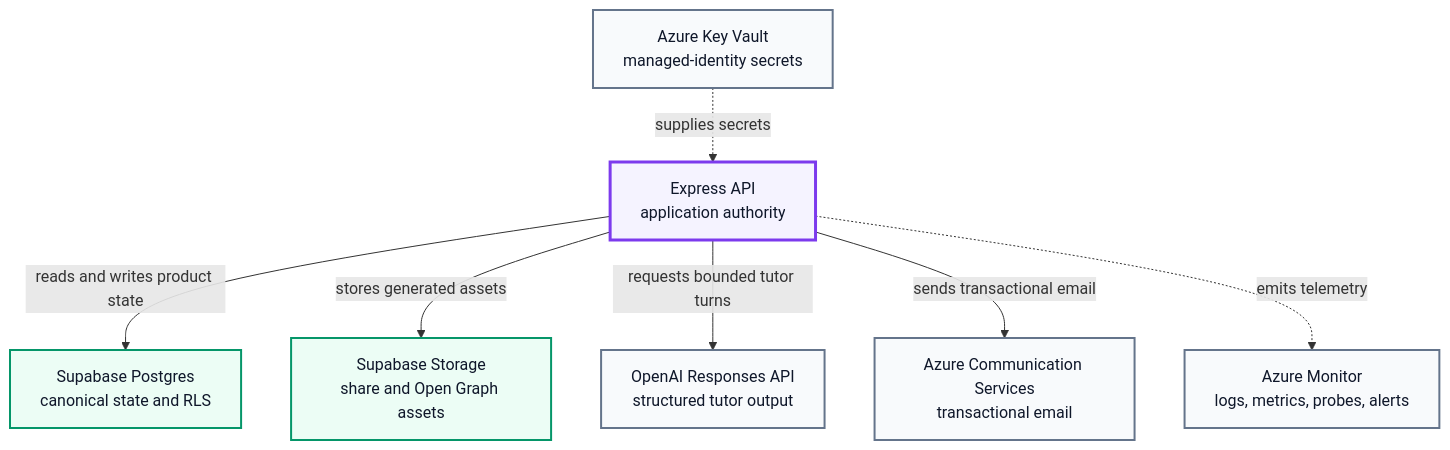
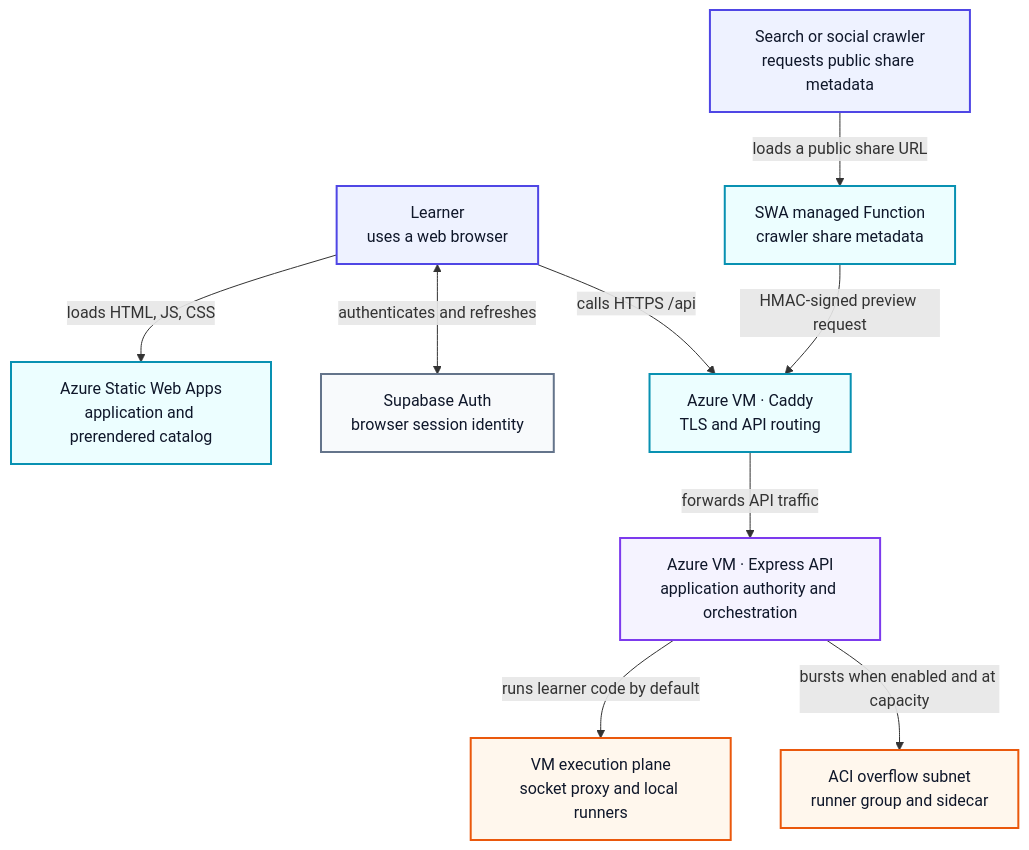
Before and after one commit to msrivas-7/CodeTutor-AI: the third of 7 diagrams in docs/ARCHITECTURE.md, drawn with Mermaid. The commit also changed other lines of this file, not shown here.

Commit message:
docs: refresh architecture diagram views (#44)

````diff
--- a/docs/ARCHITECTURE.md
+++ b/docs/ARCHITECTURE.md
@@ -157,27 +165,35 @@
 ```mermaid
 %%{init: {"flowchart":{"curve":"basis","htmlLabels":true}}}%%
 flowchart TB
-  accTitle: Express API managed-service integrations
-  accDescr: Shows the application API using Postgres, object storage, OpenAI, transactional email, Key Vault, and Azure Monitor.
-  api["Express API<br/>application authority"]
-  postgres["Supabase Postgres<br/>canonical state and RLS"]
-  storage["Supabase Storage<br/>share and Open Graph assets"]
-  openai["OpenAI Responses API<br/>structured tutor output"]
-  acs["Azure Communication Services<br/>transactional email"]
-  vault["Azure Key Vault<br/>managed-identity secrets"]
-  monitor["Azure Monitor<br/>logs, metrics, probes, alerts"]
+  accTitle: CodeTutor AI deployment topology
+  accDescr: Shows the browser, static web edge, authentication, API ingress, application authority, and local or overflow execution planes.
+  learner["Learner<br/>uses a web browser"]
+  crawler["Search or social crawler<br/>requests public share metadata"]
+  swa["Azure Static Web Apps<br/>application and prerendered catalog"]
+  sharefn["SWA managed Function<br/>crawler share metadata"]
+  auth["Supabase Auth<br/>browser session identity"]
+  caddy["Azure VM · Caddy<br/>TLS and API routing"]
+  api["Azure VM · Express API<br/>application authority and orchestration"]
+  local["VM execution plane<br/>socket proxy and local runners"]
+  aci["ACI overflow subnet<br/>runner group and sidecar"]
 
-  api -->|"reads and writes product state"| postgres
-  api -->|"stores generated assets"| storage
-  api -->|"requests bounded tutor turns"| openai
-  api -->|"sends transactional email"| acs
-  vault -. "supplies secrets" .-> api
-  api -. "emits telemetry" .-> monitor
+  learner -->|"loads HTML, JS, CSS"| swa
+  learner <-->|"authenticates and refreshes"| auth
+  learner -->|"calls HTTPS /api"| caddy
+  crawler -->|"loads a public share URL"| sharefn
+  caddy -->|"forwards API traffic"| api
+  sharefn -->|"HMAC-signed preview request"| caddy
+  api -->|"runs learner code by default"| local
+  api -->|"bursts when enabled and at capacity"| aci
 
-  classDef app fill:#f5f3ff,stroke:#7c3aed,color:#0f172a,stroke-width:3px;
-  classDef dataNode fill:#ecfdf5,stroke:#059669,color:#0f172a,stroke-width:2px;
+  classDef client fill:#eef2ff,stroke:#4f46e5,color:#0f172a,stroke-width:2px;
+  classDef edgeNode fill:#ecfeff,stroke:#0891b2,color:#0f172a,stroke-width:2px;
+  classDef app fill:#f5f3ff,stroke:#7c3aed,color:#0f172a,stroke-width:2px;
+  classDef compute fill:#fff7ed,stroke:#ea580c,color:#0f172a,stroke-width:2px;
   classDef managed fill:#f8fafc,stroke:#64748b,color:#0f172a,stroke-width:2px;
+  class learner,crawler client;
+  class swa,sharefn,caddy edgeNode;
   class api app;
-  class postgres,storage dataNode;
-  class openai,acs,vault,monitor managed;
+  class auth managed;
+  class local,aci compute;
 ```
````
